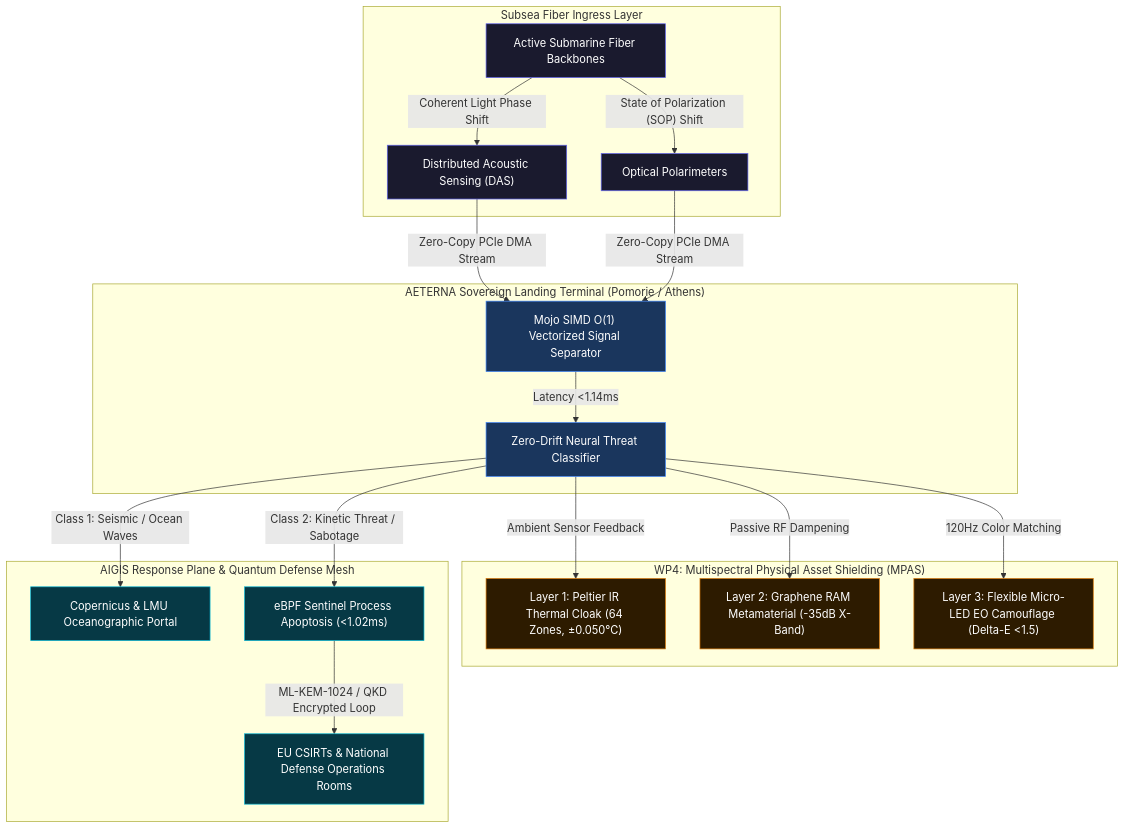
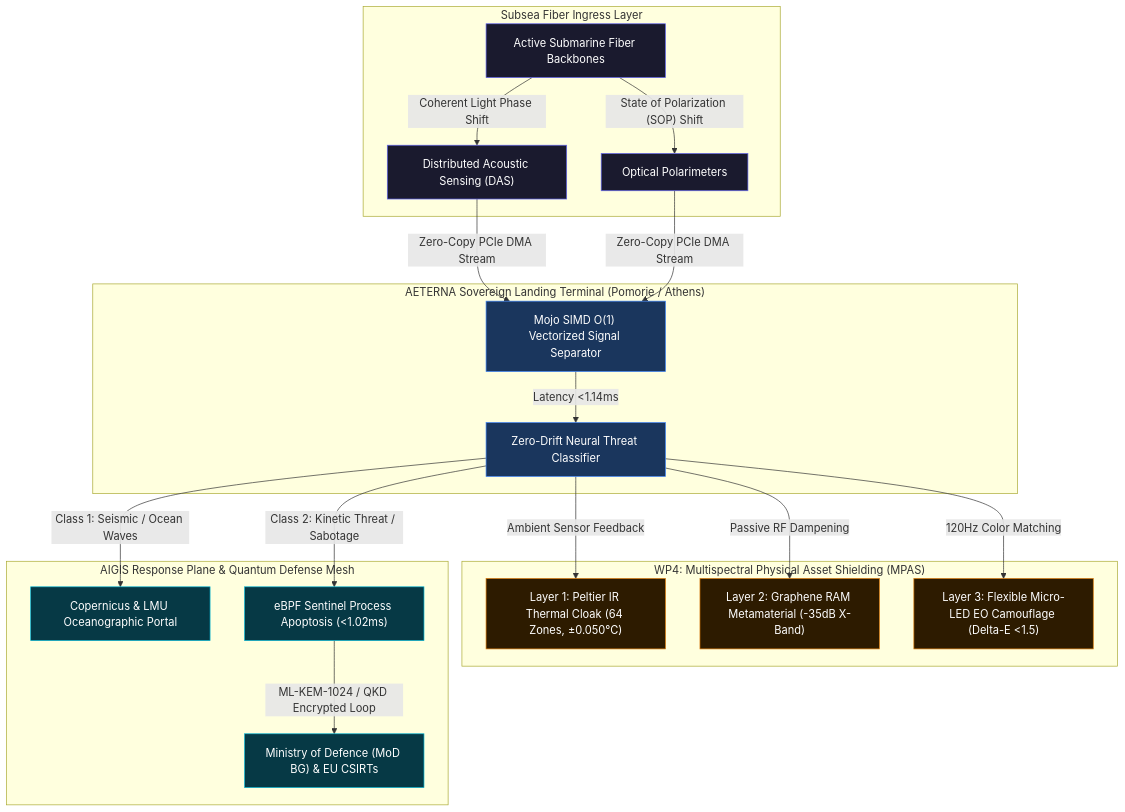
The diagram in docs/EDF_QSTN_TECHNICAL_PROPOSAL.md (papica777-eng/AETERNA-QSTN), drawn with Mermaid before and after one commit. The commit also changed other lines of this file and 34 other files, not shown here.

````diff
--- a/docs/EDF_QSTN_TECHNICAL_PROPOSAL.md
+++ b/docs/EDF_QSTN_TECHNICAL_PROPOSAL.md
@@ -23,35 +24,35 @@
 ```mermaid
 graph TD
     subgraph Subsea ["Subsea Fiber Ingress Layer"]
         A["Active Submarine Fiber Backbones"] -->|"Coherent Light Phase Shift"| B["Distributed Acoustic Sensing (DAS)"]
         A -->|"State of Polarization (SOP) Shift"| C["Optical Polarimeters"]
     end
 
     subgraph Terminal ["AETERNA Sovereign Landing Terminal (Pomorie / Athens)"]
         B & C -->|"Zero-Copy PCIe DMA Stream"| D["Mojo SIMD O(1) Vectorized Signal Separator"]
         D -->|"Latency <1.14ms"| E["Zero-Drift Neural Threat Classifier"]
     end
 
     subgraph MPAS ["WP4: Multispectral Physical Asset Shielding (MPAS)"]
         E -->|"Ambient Sensor Feedback"| F1["Layer 1: Peltier IR Thermal Cloak (64 Zones, ±0.050°C)"]
         E -->|"Passive RF Dampening"| F2["Layer 2: Graphene RAM Metamaterial (-35dB X-Band)"]
         E -->|"120Hz Color Matching"| F3["Layer 3: Flexible Micro-LED EO Camouflage (Delta-E <1.5)"]
     end
 
     subgraph Response ["AIGIS Response Plane & Quantum Defense Mesh"]
         E -->|"Class 1: Seismic / Ocean Waves"| G1["Copernicus & LMU Oceanographic Portal"]
         E -->|"Class 2: Kinetic Threat / Sabotage"| G2["eBPF Sentinel Process Apoptosis (<1.02ms)"]
-        G2 -->|"ML-KEM-1024 / QKD Encrypted Loop"| G3["EU CSIRTs & National Defense Operations Rooms"]
+        G2 -->|"ML-KEM-1024 / QKD Encrypted Loop"| G3["Ministry of Defence (MoD BG) & EU CSIRTs"]
     end
 
     classDef default fill:#09090b,stroke:#27272a,color:#fff;
     classDef subsea fill:#1a1a2e,stroke:#6366f1,color:#fff;
     classDef terminal fill:#1a365d,stroke:#3b82f6,color:#fff;
     classDef mpas fill:#2d1b00,stroke:#d97706,color:#fff;
     classDef response fill:#063945,stroke:#06b6d4,color:#fff;
 
     class A,B,C subsea;
     class D,E terminal;
     class F1,F2,F3 mpas;
     class G1,G2,G3 response;
 ```
````
